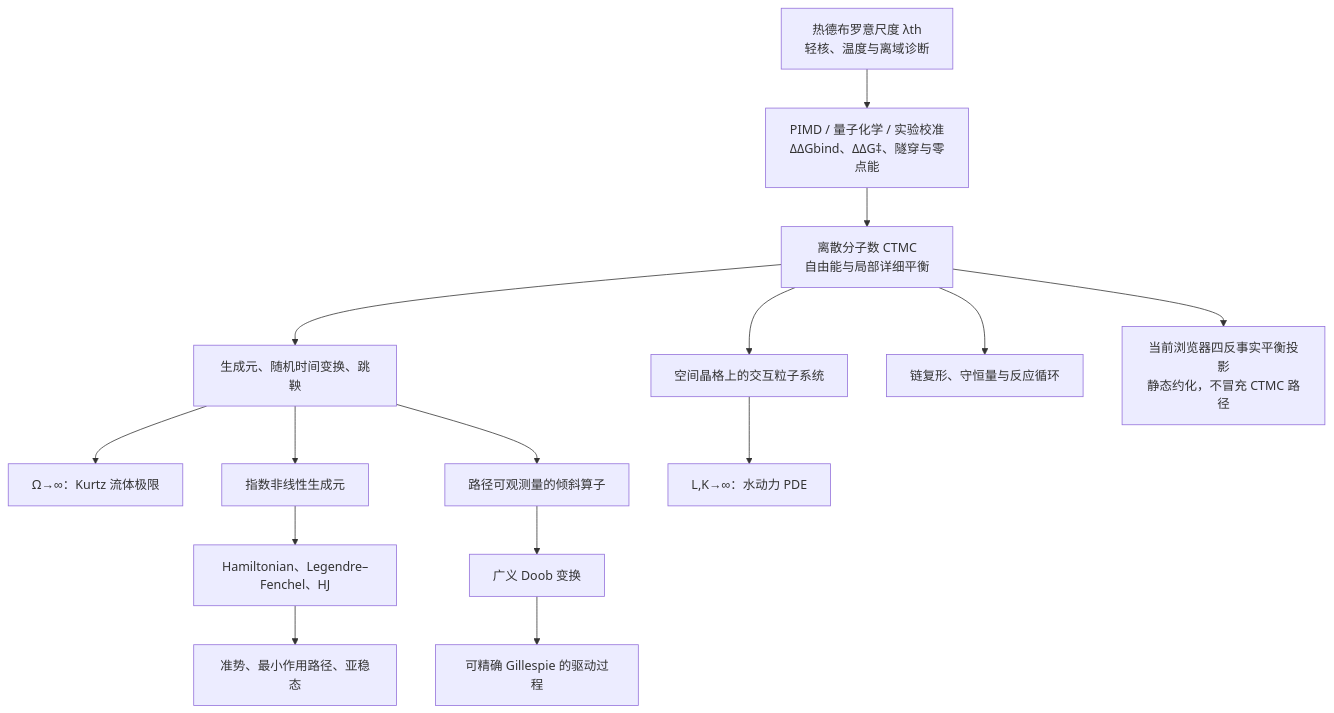
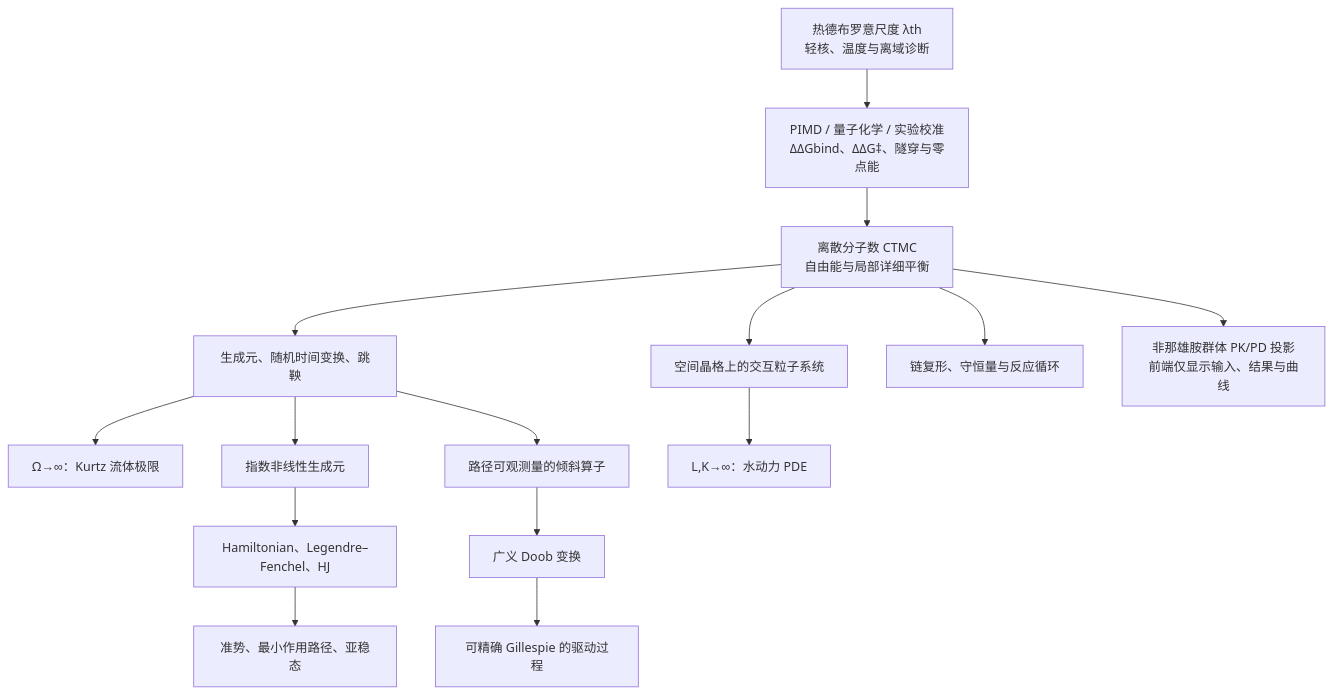
One commit to yumeminekosan/Hrt-kaffee changed the diagram in ar-kotlin/docs/FLOW_AUDIT.md. Above: the diagram before and after it, drawn with Mermaid. The commit also changed other lines of this file and 16 other files, not shown here.

````diff
--- a/ar-kotlin/docs/FLOW_AUDIT.md
+++ b/ar-kotlin/docs/FLOW_AUDIT.md
@@ -5,17 +5,17 @@
 ```mermaid
 flowchart TD
     Q["热德布罗意尺度 λth<br/>轻核、温度与离域诊断"] --> Q1["PIMD / 量子化学 / 实验校准<br/>ΔΔGbind、ΔΔG‡、隧穿与零点能"]
     Q1 --> A["离散分子数 CTMC<br/>自由能与局部详细平衡"]
     A --> B["生成元、随机时间变换、跳鞅"]
     B --> C["Ω→∞：Kurtz 流体极限"]
     B --> D["指数非线性生成元"]
     D --> E["Hamiltonian、Legendre–Fenchel、HJ"]
     E --> F["准势、最小作用路径、亚稳态"]
     B --> G["路径可观测量的倾斜算子"]
     G --> H["广义 Doob 变换"]
     H --> I["可精确 Gillespie 的驱动过程"]
     A --> J["空间晶格上的交互粒子系统"]
     J --> K["L,K→∞：水动力 PDE"]
     A --> L["链复形、守恒量与反应循环"]
-    A --> M["当前浏览器四反事实平衡投影<br/>静态约化，不冒充 CTMC 路径"]
+    A --> M["非那雄胺群体 PK/PD 投影<br/>前端仅显示输入、结果与曲线"]
 ```
````
